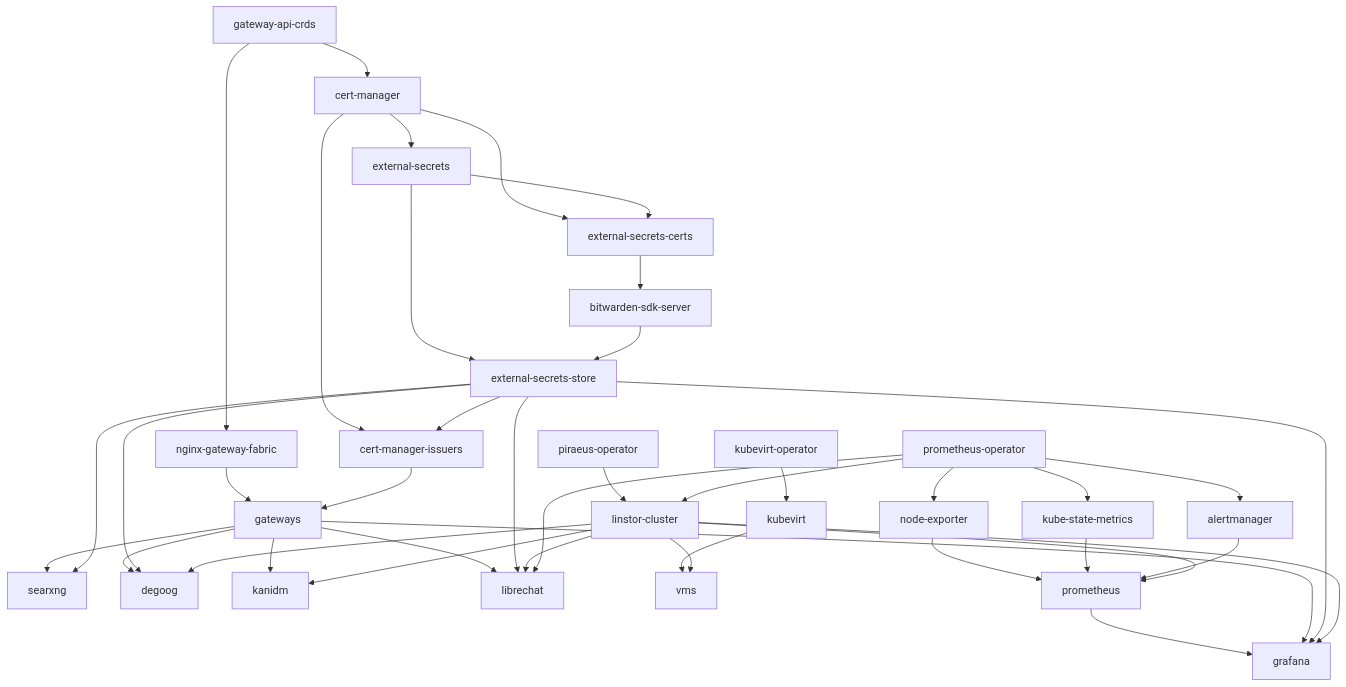
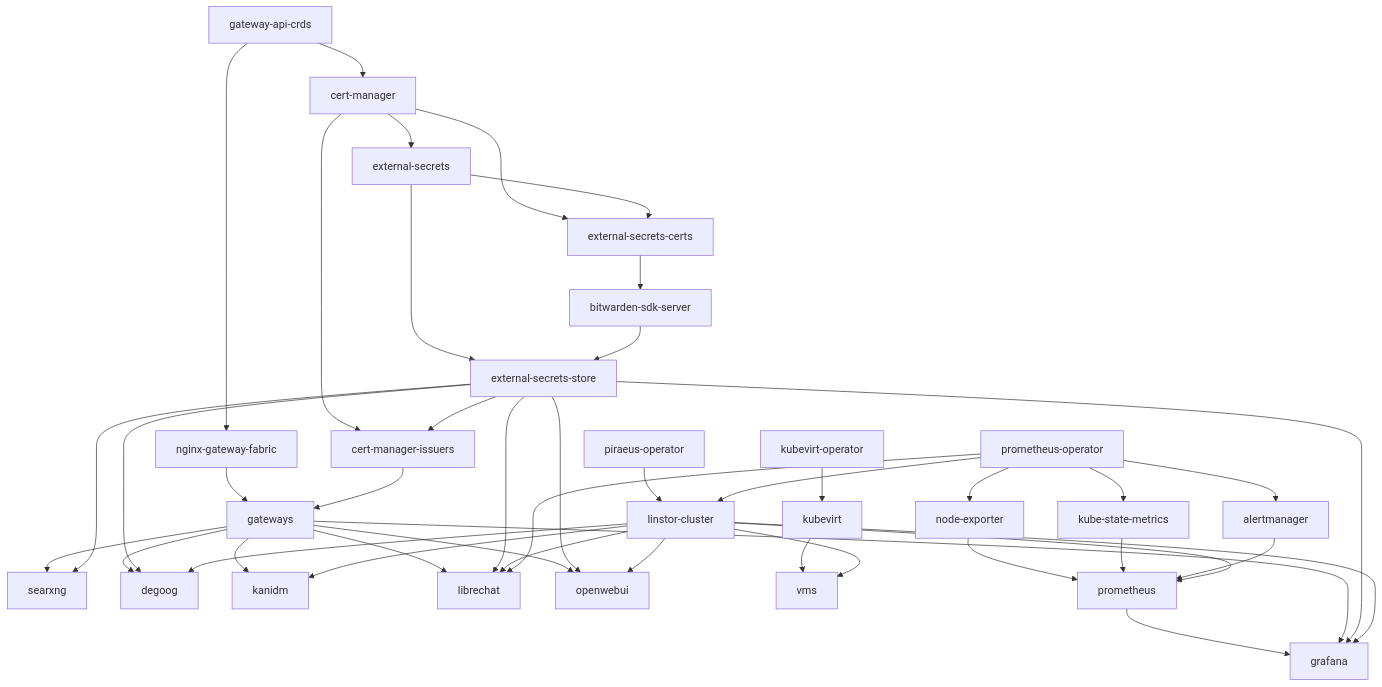
The diagram in README.md (martinxtinto/k8s-flux), drawn with Mermaid before and after one commit. The commit also changed other lines of this file and 6 other files, not shown here.

````diff
--- a/README.md
+++ b/README.md
@@ -30,42 +30,45 @@
 ```mermaid
 flowchart TD
   gateway-api-crds --> cert-manager
   gateway-api-crds --> nginx-gateway-fabric
   cert-manager --> external-secrets
   cert-manager --> external-secrets-certs
   external-secrets --> external-secrets-certs
   external-secrets --> external-secrets-store
   external-secrets-certs --> bitwarden-sdk-server
   bitwarden-sdk-server --> external-secrets-store
   cert-manager --> cert-manager-issuers
   external-secrets-store --> cert-manager-issuers
   nginx-gateway-fabric --> gateways
   cert-manager-issuers --> gateways
   piraeus-operator --> linstor-cluster
   prometheus-operator --> linstor-cluster
   kubevirt-operator --> kubevirt
   gateways --> searxng
   external-secrets-store --> searxng
   gateways --> degoog
   external-secrets-store --> degoog
   linstor-cluster --> degoog
   gateways --> kanidm
   linstor-cluster --> kanidm
   gateways --> librechat
   external-secrets-store --> librechat
   linstor-cluster --> librechat
   prometheus-operator --> librechat
+  gateways --> openwebui
+  external-secrets-store --> openwebui
+  linstor-cluster --> openwebui
   kubevirt --> vms
   linstor-cluster --> vms
   prometheus-operator --> node-exporter
   prometheus-operator --> kube-state-metrics
   prometheus-operator --> alertmanager
   node-exporter --> prometheus
   kube-state-metrics --> prometheus
   alertmanager --> prometheus
   linstor-cluster --> prometheus
   prometheus --> grafana
   gateways --> grafana
   external-secrets-store --> grafana
   linstor-cluster --> grafana
 ```
````
